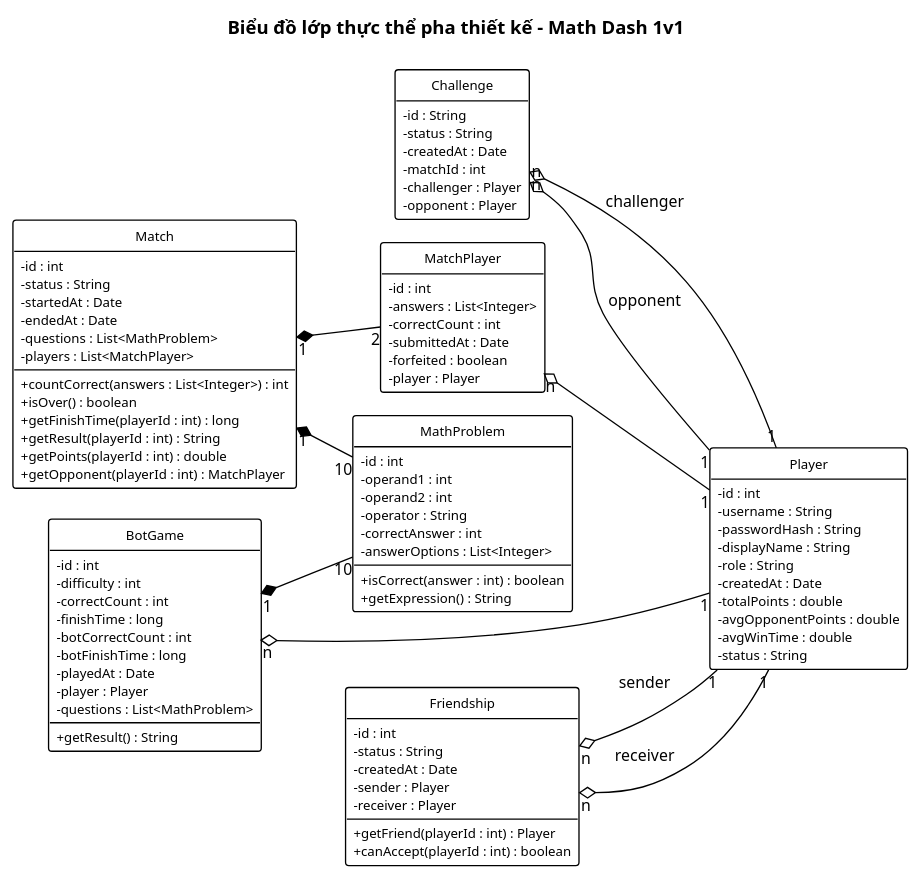
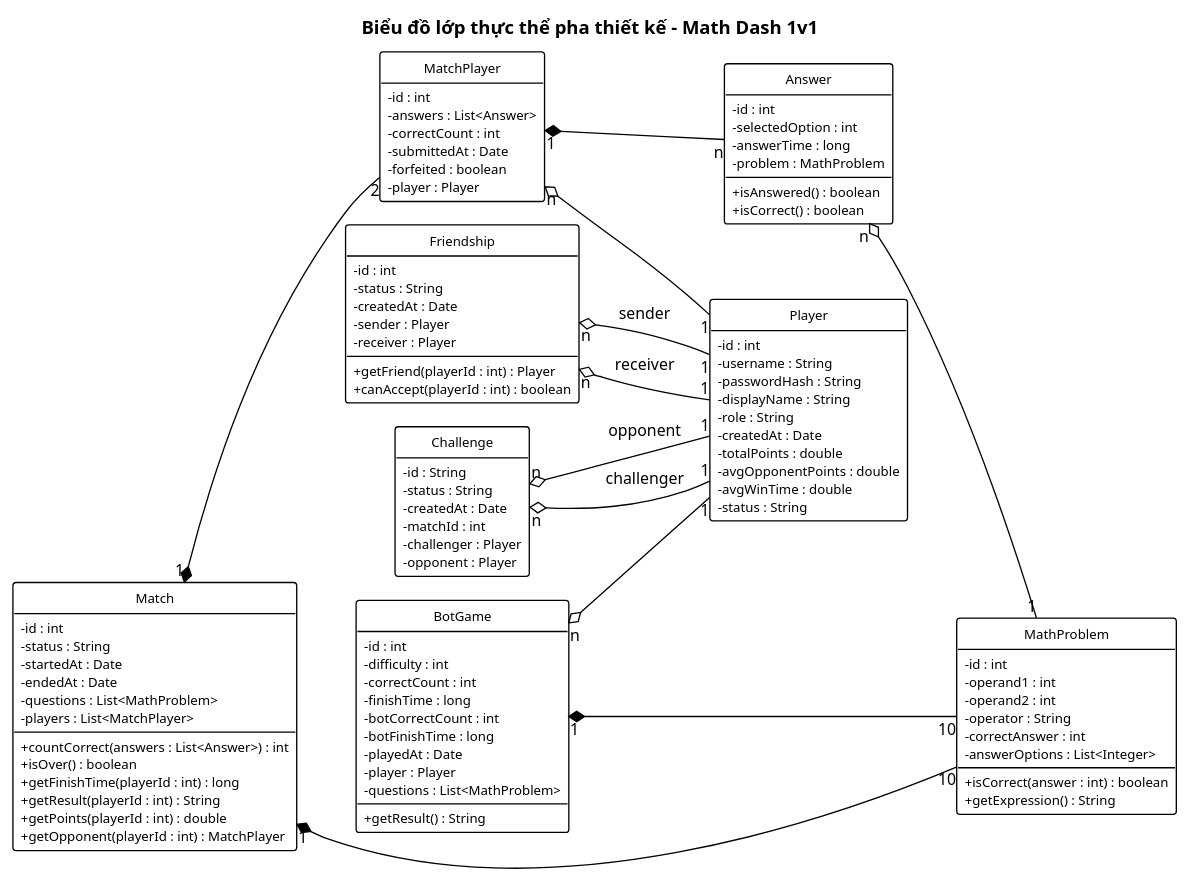
One commit to HungNguyenBa1811/math-dash changed the diagram in docs/chung/lop-thuc-the-thiet-ke.puml. Above: the diagram before and after it, drawn with PlantUML. The commit also changed 8 other files, not shown here.

```diff
--- a/docs/chung/lop-thuc-the-thiet-ke.puml
+++ b/docs/chung/lop-thuc-the-thiet-ke.puml
@@ -1,106 +1,117 @@
 @startuml lop-thuc-the-thiet-ke
 !pragma layout smetana
 ' === VP Base Theme v2 ===
 skinparam defaultFontName "Segoe UI"
 skinparam defaultFontSize 12
 skinparam shadowing false
 skinparam arrowColor #000000
 skinparam lineColor #000000
 hide circle
 hide empty members
 skinparam classAttributeIconSize 0
 skinparam class {
   BackgroundColor #FFFFFF
   BorderColor #000000
   FontColor #000000
   FontSize 11
   AttributeFontSize 10
   BorderThickness 1
 }
 left to right direction
 title Biểu đồ lớp thực thể pha thiết kế – Math Dash 1v1
 
 class Player {
   - id : int
   - username : String
   - passwordHash : String
   - displayName : String
   - role : String
   - createdAt : Date
   - totalPoints : double
   - avgOpponentPoints : double
   - avgWinTime : double
   - status : String
 }
 class MathProblem {
   - id : int
   - operand1 : int
   - operand2 : int
   - operator : String
   - correctAnswer : int
   - answerOptions : List<Integer>
   + isCorrect(answer : int) : boolean
   + getExpression() : String
 }
 class Challenge {
   - id : String
   - status : String
   - createdAt : Date
   - matchId : int
   - challenger : Player
   - opponent : Player
 }
 class Match {
   - id : int
   - status : String
   - startedAt : Date
   - endedAt : Date
   - questions : List<MathProblem>
   - players : List<MatchPlayer>
-  + countCorrect(answers : List<Integer>) : int
+  + countCorrect(answers : List<Answer>) : int
   + isOver() : boolean
   + getFinishTime(playerId : int) : long
   + getResult(playerId : int) : String
   + getPoints(playerId : int) : double
   + getOpponent(playerId : int) : MatchPlayer
 }
 class MatchPlayer {
   - id : int
-  - answers : List<Integer>
+  - answers : List<Answer>
   - correctCount : int
   - submittedAt : Date
   - forfeited : boolean
   - player : Player
+}
+class Answer {
+  - id : int
+  - selectedOption : int
+  - answerTime : long
+  - problem : MathProblem
+  + isAnswered() : boolean
+  + isCorrect() : boolean
+}
+class Friendship {
+  - id : int
+  - status : String
+  - createdAt : Date
+  - sender : Player
+  - receiver : Player
+  + getFriend(playerId : int) : Player
+  + canAccept(playerId : int) : boolean
 }
 class BotGame {
   - id : int
   - difficulty : int
   - correctCount : int
   - finishTime : long
   - botCorrectCount : int
   - botFinishTime : long
   - playedAt : Date
   - player : Player
   - questions : List<MathProblem>
   + getResult() : String
 }
-class Friendship {
-  - id : int
-  - status : String
-  - createdAt : Date
-  - sender : Player
-  - receiver : Player
-  + getFriend(playerId : int) : Player
-  + canAccept(playerId : int) : boolean
-}
 
 Challenge "n" o-- "1" Player : challenger
 Challenge "n" o-- "1" Player : opponent
 Match "1" *-- "2" MatchPlayer
 MatchPlayer "n" o-- "1" Player
 Match "1" *-- "10" MathProblem
+MatchPlayer "1" *-- "n" Answer
+Answer "n" o-- "1" MathProblem
+Friendship "n" o-- "1" Player : sender
+Friendship "n" o-- "1" Player : receiver
 BotGame "n" o-- "1" Player
 BotGame "1" *-- "10" MathProblem
-Friendship "n" o-- "1" Player : sender
-Friendship "n" o-- "1" Player : receiver
+Match -[hidden]- BotGame
 @enduml
```
